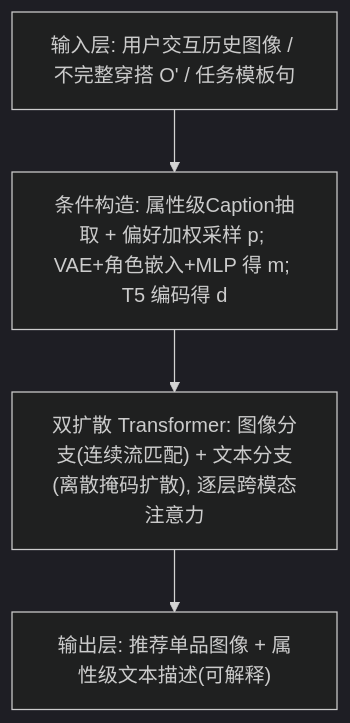
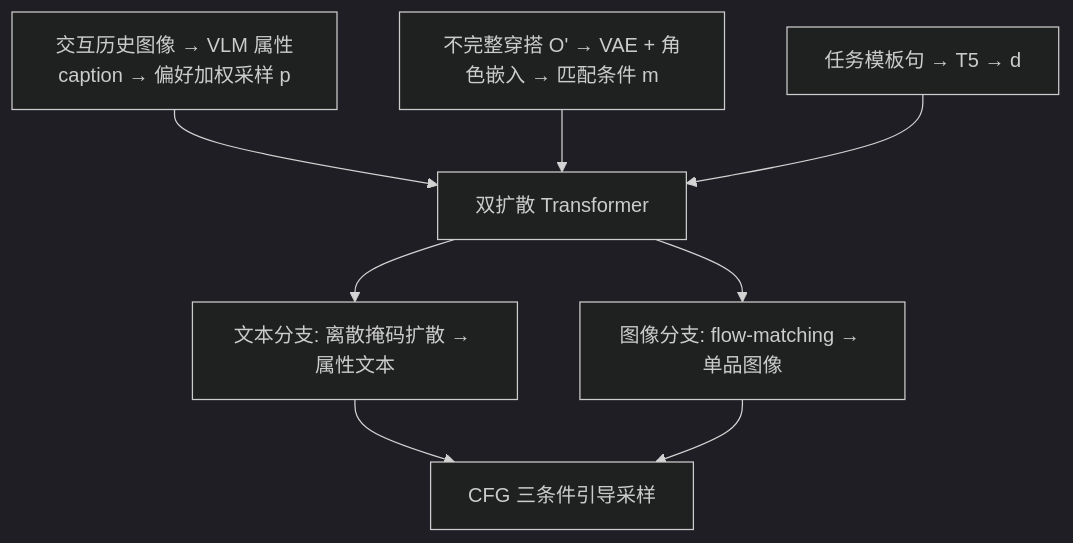
The diagram in docs/venues/SIGIR/2026/generative_rec/dual_diffusional_generative_fashion_recommendation.md (jbdcia321vw/Paper-Notes), drawn with Mermaid (dark theme) before and after one commit. The commit also changed other lines of this file and 1119 other files, not shown here.

````diff
--- a/docs/venues/SIGIR/2026/generative_rec/dual_diffusional_generative_fashion_recommendation.md
+++ b/docs/venues/SIGIR/2026/generative_rec/dual_diffusional_generative_fashion_recommendation.md
@@ -56,6 +47,10 @@
 ```mermaid
 flowchart TD
-    A["输入层: 用户交互历史图像 / 不完整穿搭 O' / 任务模板句"] --> B["条件构造: 属性级Caption抽取 + 偏好加权采样 p; VAE+角色嵌入+MLP 得 m; T5 编码得 d"]
-    B --> C["双扩散 Transformer: 图像分支(连续流匹配) + 文本分支(离散掩码扩散), 逐层跨模态注意力"]
-    C --> D["输出层: 推荐单品图像 + 属性级文本描述(可解释)"]
+    A["交互历史图像 → VLM 属性caption → 偏好加权采样 p"] --> D["双扩散 Transformer"]
+    B["不完整穿搭 O' → VAE + 角色嵌入 → 匹配条件 m"] --> D
+    C["任务模板句 → T5 → d"] --> D
+    D --> E["文本分支: 离散掩码扩散 → 属性文本"]
+    D --> F["图像分支: flow-matching → 单品图像"]
+    E --> G["CFG 三条件引导采样"]
+    F --> G
 ```
````
